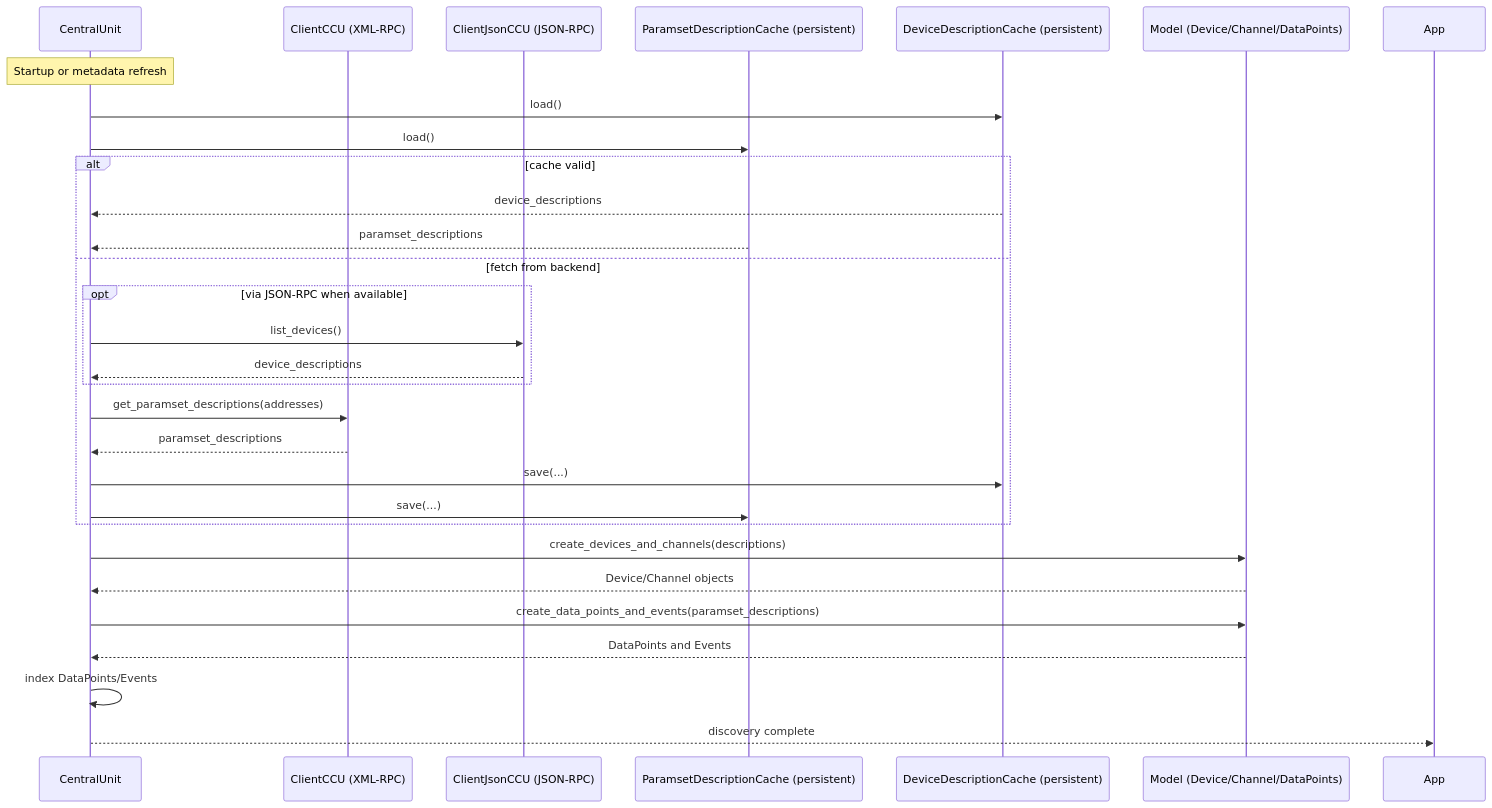
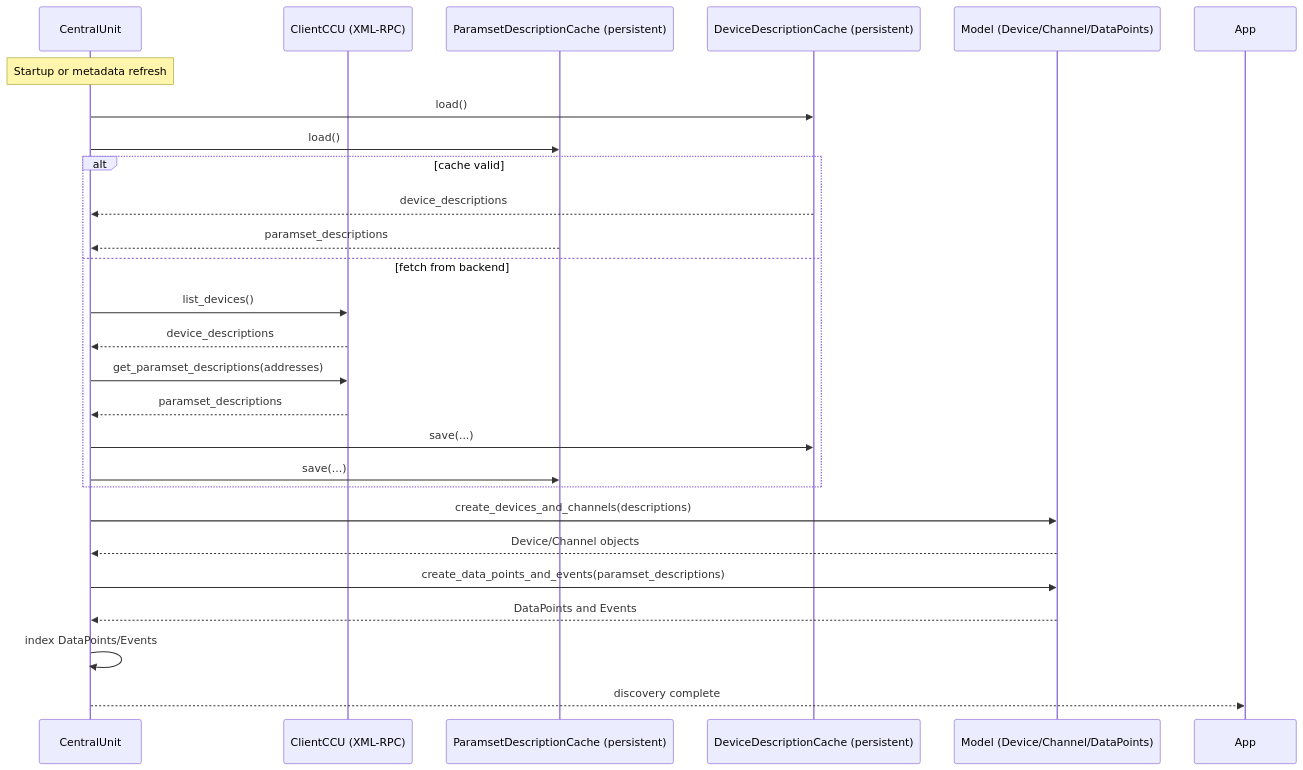
One commit to SukramJ/aiohomematic changed the second of 3 diagrams in docs/sequence_diagrams.md. Above: the diagram before and after it, drawn with Mermaid. The commit also changed other lines of this file and 5 other files, not shown here.

````diff
--- a/docs/sequence_diagrams.md
+++ b/docs/sequence_diagrams.md
@@ -42,31 +44,28 @@
 ```mermaid
 sequenceDiagram
   participant C as CentralUnit
   participant CX as ClientCCU (XML-RPC)
-  participant CJ as ClientJsonCCU (JSON-RPC)
   participant PDC as ParamsetDescriptionCache (persistent)
   participant DDC as DeviceDescriptionCache (persistent)
   participant M as Model (Device/Channel/DataPoints)
   Note over C: Startup or metadata refresh
   C->>DDC: load()
   C->>PDC: load()
   alt cache valid
     DDC-->>C: device_descriptions
     PDC-->>C: paramset_descriptions
   else fetch from backend
-    opt via JSON-RPC when available
-      C->>CJ: list_devices()
-      CJ-->>C: device_descriptions
-    end
+    C->>CX: list_devices()
+    CX-->>C: device_descriptions
     C->>CX: get_paramset_descriptions(addresses)
     CX-->>C: paramset_descriptions
     C->>DDC: save(...)
     C->>PDC: save(...)
   end
   C->>M: create_devices_and_channels(descriptions)
   M-->>C: Device/Channel objects
   C->>M: create_data_points_and_events(paramset_descriptions)
   M-->>C: DataPoints and Events
   C->>C: index DataPoints/Events
   C-->>App: discovery complete
 ```
````
